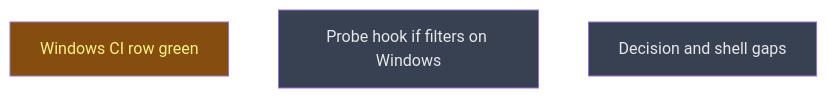
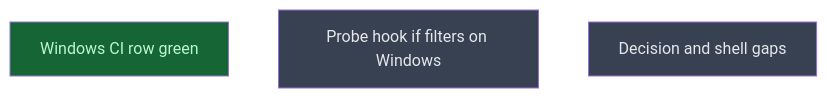
Before and after one commit to CrackingShells/Murmuration: the diagram in __roadmap__/windows_install/README.md, drawn with Mermaid. The commit also changed other lines of this file and 1 other file, not shown here.

Commit message:
docs(roadmap): record the first green Windows row
The Windows row now builds, compares and uploads, and assemble takes
its artefact, so ci_green's gates are met. Under nt the two guards make
the same decision on every gated event. The only new difference is an
ungated reason text on deep nesting, recorded so it is not mistaken for
a decision difference later. The dispatched run's red mark is a
cancelled macOS smoke job that never got a runner, not this change.

````diff
--- a/__roadmap__/windows_install/README.md
+++ b/__roadmap__/windows_install/README.md
@@ -21,11 +21,11 @@
 ```mermaid
 graph TD
-    ci_green[Windows CI row green]:::inprogress
+    ci_green[Windows CI row green]:::done
     if_probe[Probe hook if filters on Windows]:::planned
     next[Decision and shell gaps]:::planned
     classDef done       fill:#166534,color:#bbf7d0
     classDef inprogress fill:#854d0e,color:#fef08a
     classDef planned    fill:#374151,color:#e5e7eb
     classDef amendment  fill:#1e3a5f,color:#bfdbfe
     classDef blocked    fill:#7f1d1d,color:#fecaca
 ```
````
